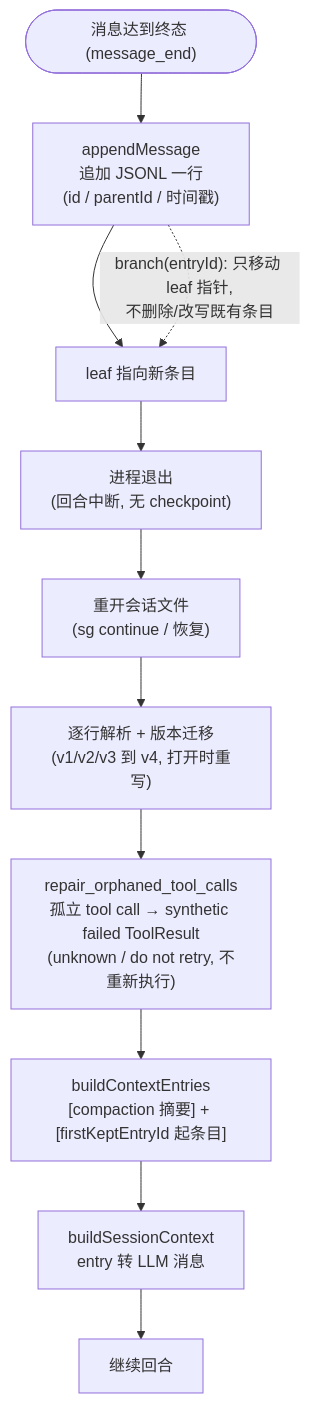
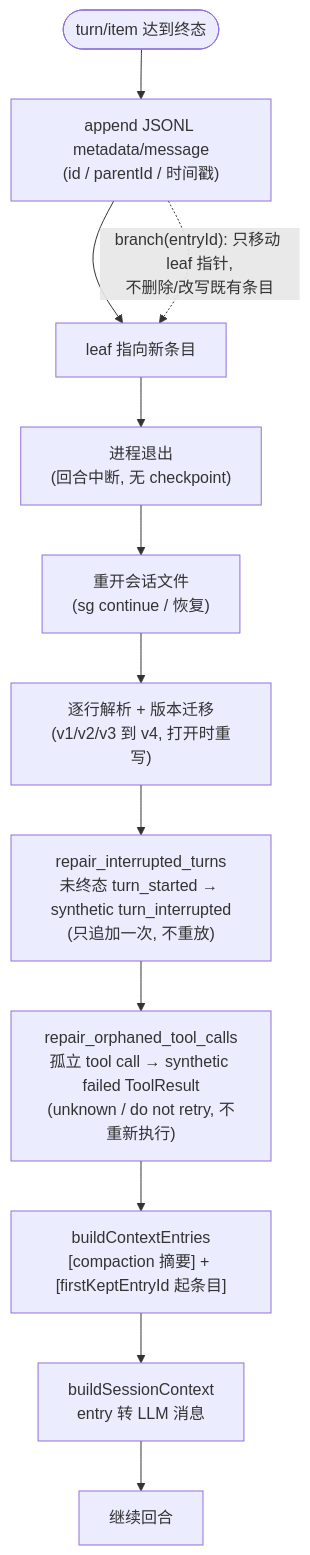
The fifth of 8 diagrams in docs/singularity.md (qjcnmd/singularity-agent), drawn with Mermaid before and after one commit. The commit also changed other lines of this file and 20 other files, not shown here.

````diff
--- a/docs/singularity.md
+++ b/docs/singularity.md
@@ -163,13 +164,14 @@
 ```mermaid
 flowchart TD
-    A(["消息达到终态 (message_end)"]) --> B["appendMessage<br/>追加 JSONL 一行<br/>(id / parentId / 时间戳)"]
+    A(["turn/item 达到终态"]) --> B["append JSONL metadata/message<br/>(id / parentId / 时间戳)"]
     B --> C["leaf 指向新条目"]
     C --> D["进程退出<br/>(回合中断, 无 checkpoint)"]
     D --> E["重开会话文件<br/>(sg continue / 恢复)"]
     E --> F["逐行解析 + 版本迁移<br/>(v1/v2/v3 到 v4, 打开时重写)"]
-    F --> F2["repair_orphaned_tool_calls<br/>孤立 tool call → synthetic failed ToolResult<br/>(unknown / do not retry, 不重新执行)"]
+    F --> F1["repair_interrupted_turns<br/>未终态 turn_started → synthetic turn_interrupted<br/>(只追加一次, 不重放)"]
+    F1 --> F2["repair_orphaned_tool_calls<br/>孤立 tool call → synthetic failed ToolResult<br/>(unknown / do not retry, 不重新执行)"]
     F2 --> G["buildContextEntries<br/>[compaction 摘要] + [firstKeptEntryId 起条目]"]
     G --> H["buildSessionContext<br/>entry 转 LLM 消息"]
     H --> I["继续回合"]
     B -. "branch(entryId): 只移动 leaf 指针,<br/>不删除/改写既有条目" .-> C
 ```
````
